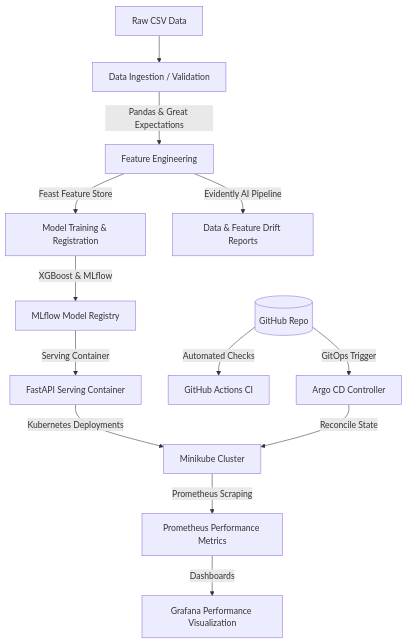
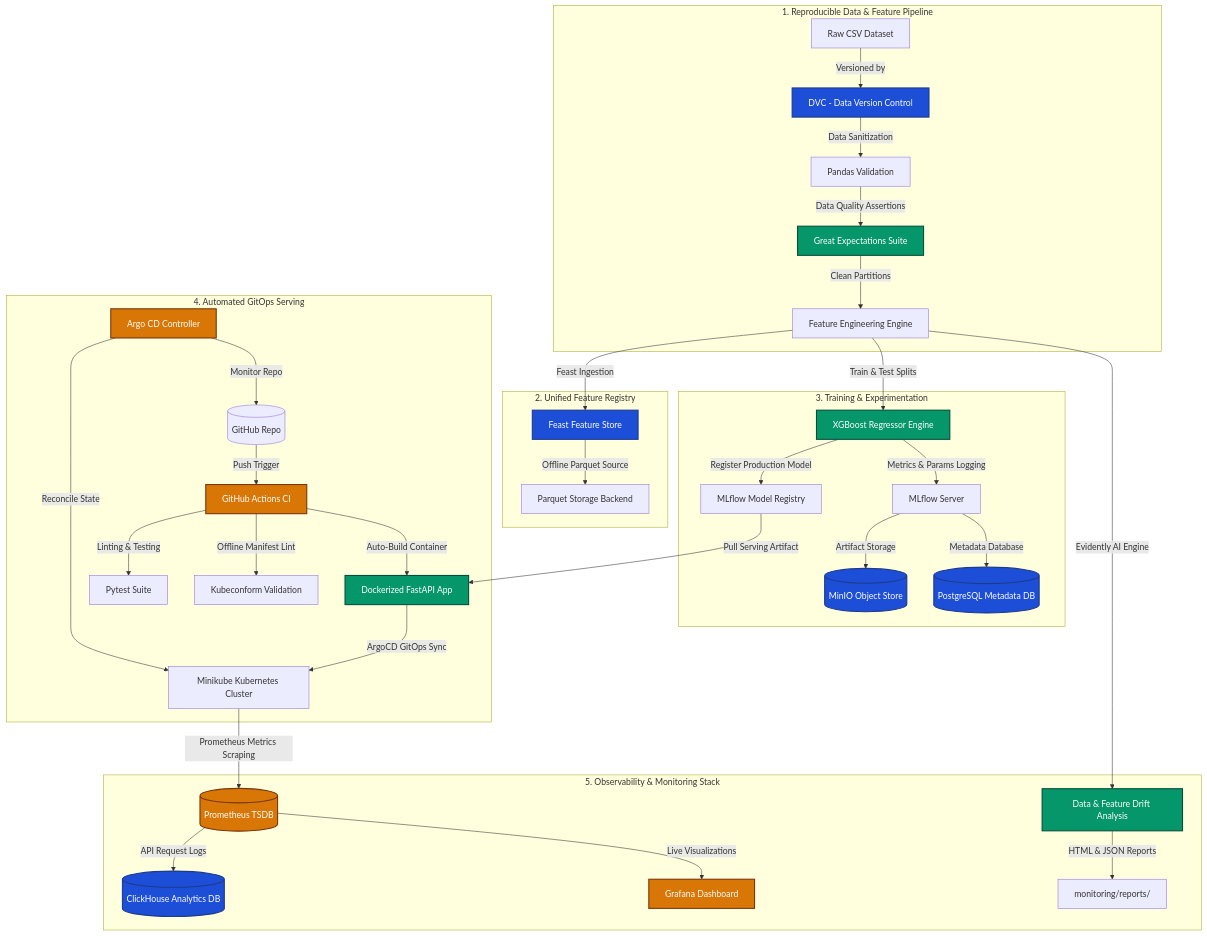
One commit to Likhithkuncham/mlops-california-housing changed the diagram in README.md. Above: the diagram before and after it, drawn with Mermaid. The commit also changed other lines of this file and 1 other file, not shown here.

Commit message:
Update README with premium system architecture infographic and screenshots walkthrough

````diff
--- a/README.md
+++ b/README.md
@@ -32,19 +42,51 @@
 ```mermaid
-flowchart TD
-    Data[Raw CSV Data] --> Ingest[Data Ingestion / Validation]
-    Ingest -->|Pandas & Great Expectations| Feat[Feature Engineering]
-    Feat -->|Feast Feature Store| Train[Model Training & Registration]
-    Train -->|XGBoost & MLflow| Register[MLflow Model Registry]
+flowchart TB
+    %% Namespaces & Clusters
+    subgraph DataPipeline["1. Reproducible Data & Feature Pipeline"]
+        Raw[Raw CSV Dataset] -->|Versioned by| DVC[DVC - Data Version Control]
+        DVC -->|Data Sanitization| Ingest[Pandas Validation]
+        Ingest -->|Data Quality Assertions| GE[Great Expectations Suite]
+        GE -->|Clean Partitions| FE[Feature Engineering Engine]
+    end
+
+    subgraph FeatureStoreRegistry["2. Unified Feature Registry"]
+        FE -->|Feast Ingestion| Feast[Feast Feature Store]
+        Feast -->|Offline Parquet Source| Storage[Parquet Storage Backend]
+    end
+
+    subgraph ExperimentTracking["3. Training & Experimentation"]
+        FE -->|Train & Test Splits| Train[XGBoost Regressor Engine]
+        Train -->|Metrics & Params Logging| MLflow[MLflow Server]
+        MLflow -->|Artifact Storage| MinIO[(MinIO Object Store)]
+        MLflow -->|Metadata Database| Postgres[(PostgreSQL Metadata DB)]
+        Train -->|Register Production Model| Registry[MLflow Model Registry]
+    end
+
+    subgraph ProductionServing["4. Automated GitOps Serving"]
+        Registry -->|Pull Serving Artifact| Docker[Dockerized FastAPI App]
+        Docker -->|ArgoCD GitOps Sync| K8s[Minikube Kubernetes Cluster]
+        Git[(GitHub Repo)] -->|Push Trigger| Actions[GitHub Actions CI]
+        Actions -->|Linting & Testing| Pytest[Pytest Suite]
+        Actions -->|Offline Manifest Lint| Kubeconform[Kubeconform Validation]
+        Actions -->|Auto-Build Container| Docker
+        ArgoCD[Argo CD Controller] -->|Monitor Repo| Git
+        ArgoCD -->|Reconcile State| K8s
+    end
+
+    subgraph Observability["5. Observability & Monitoring Stack"]
+        K8s -->|Prometheus Metrics Scraping| Prometheus[(Prometheus TSDB)]
+        Prometheus -->|API Request Logs| ClickHouse[(ClickHouse Analytics DB)]
+        Prometheus -->|Live Visualizations| Grafana[Grafana Dashboard]
+        FE -->|Evidently AI Engine| Drift[Data & Feature Drift Analysis]
+        Drift -->|HTML & JSON Reports| Reports[monitoring/reports/]
+    end
+
+    %% Flow Styling
+    classDef database fill:#1D4ED8,stroke:#1E3A8A,stroke-width:2px,color:#fff;
+    classDef engine fill:#059669,stroke:#064E3B,stroke-width:2px,color:#fff;
+    classDef ops fill:#D97706,stroke:#78350F,stroke-width:2px,color:#fff;
     
-    Register -->|Serving Container| Serve[FastAPI Serving Container]
-    Serve -->|Kubernetes Deployments| K8s[Minikube Cluster]
-    
-    Git[(GitHub Repo)] -->|Automated Checks| CI[GitHub Actions CI]
-    Git -->|GitOps Trigger| Argo[Argo CD Controller]
-    Argo -->|Reconcile State| K8s
-    
-    K8s -->|Prometheus Scraping| Prom[Prometheus Performance Metrics]
-    Prom -->|Dashboards| Graf[Grafana Performance Visualization]
-    
-    Feat -->|Evidently AI Pipeline| Drift[Data & Feature Drift Reports]
+    class MinIO,Postgres,ClickHouse,DVC,Feast database;
+    class Train,Docker,Drift,GE engine;
+    class Actions,ArgoCD,Prometheus,Grafana ops;
 ```
````
